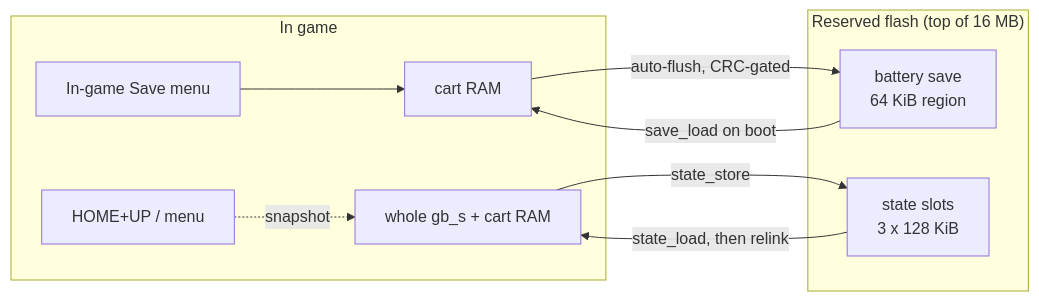
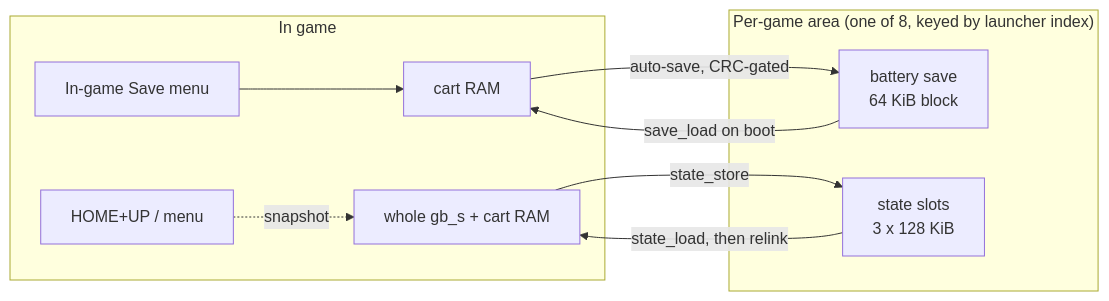
Before and after one commit to anxkhn/badgeboy: the third of 3 diagrams in docs/ARCHITECTURE.md, drawn with Mermaid. The commit also changed other lines of this file and 8 other files, not shown here.

````diff
--- a/docs/ARCHITECTURE.md
+++ b/docs/ARCHITECTURE.md
@@ -25,15 +91,15 @@
 ```mermaid
 flowchart LR
     subgraph game["In game"]
         IGS["In-game Save menu"] --> CRAM["cart RAM"]
         SNAP["HOME+UP / menu"] -.snapshot.-> GBS["whole gb_s + cart RAM"]
     end
-    subgraph flash["Reserved flash (top of 16 MB)"]
-        BAT["battery save<br/>64 KiB region"]
+    subgraph flash["Per-game area (one of 8, keyed by launcher index)"]
+        BAT["battery save<br/>64 KiB block"]
         ST["state slots<br/>3 x 128 KiB"]
     end
-    CRAM -->|auto-flush, CRC-gated| BAT
+    CRAM -->|auto-save, CRC-gated| BAT
     GBS -->|state_store| ST
     BAT -->|save_load on boot| CRAM
     ST -->|state_load, then relink| GBS
 ```
````
